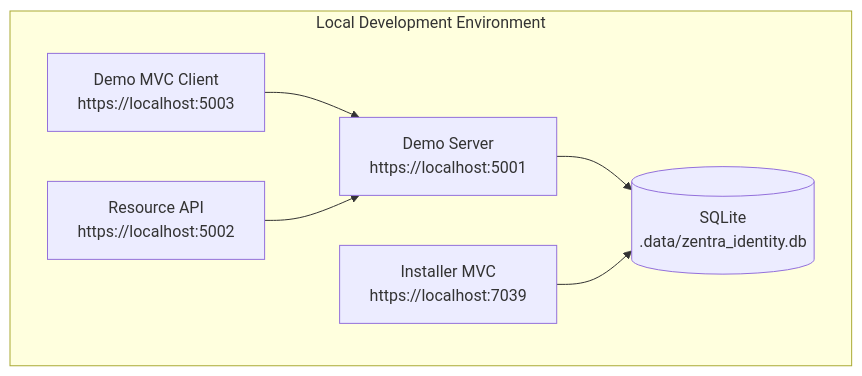
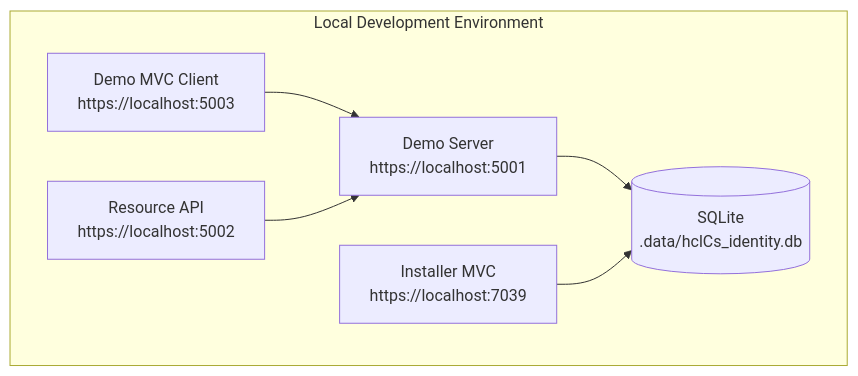
One commit to feroz-hub/SF changed the ninth of 11 diagrams in docs/02-ARCHITECTURE.md. Above: the diagram before and after it, drawn with Mermaid. The commit also changed other lines of this file and 2233 other files, not shown here.

````diff
--- a/docs/02-ARCHITECTURE.md
+++ b/docs/02-ARCHITECTURE.md
@@ -531,16 +531,16 @@
 ```mermaid
 flowchart TB
     subgraph "Local Development Environment"
         DEMO[Demo Server<br/>https://localhost:5001]
         CLIENT[Demo MVC Client<br/>https://localhost:5003]
         RESOURCE[Resource API<br/>https://localhost:5002]
         INSTALLER[Installer MVC<br/>https://localhost:7039]
         
-        SQLITE[(SQLite<br/>.data/zentra_identity.db)]
+        SQLITE[(SQLite<br/>.data/hclCs_identity.db)]
     end
     
     DEMO --> SQLITE
     INSTALLER --> SQLITE
     CLIENT --> DEMO
     RESOURCE --> DEMO
 ```
````
